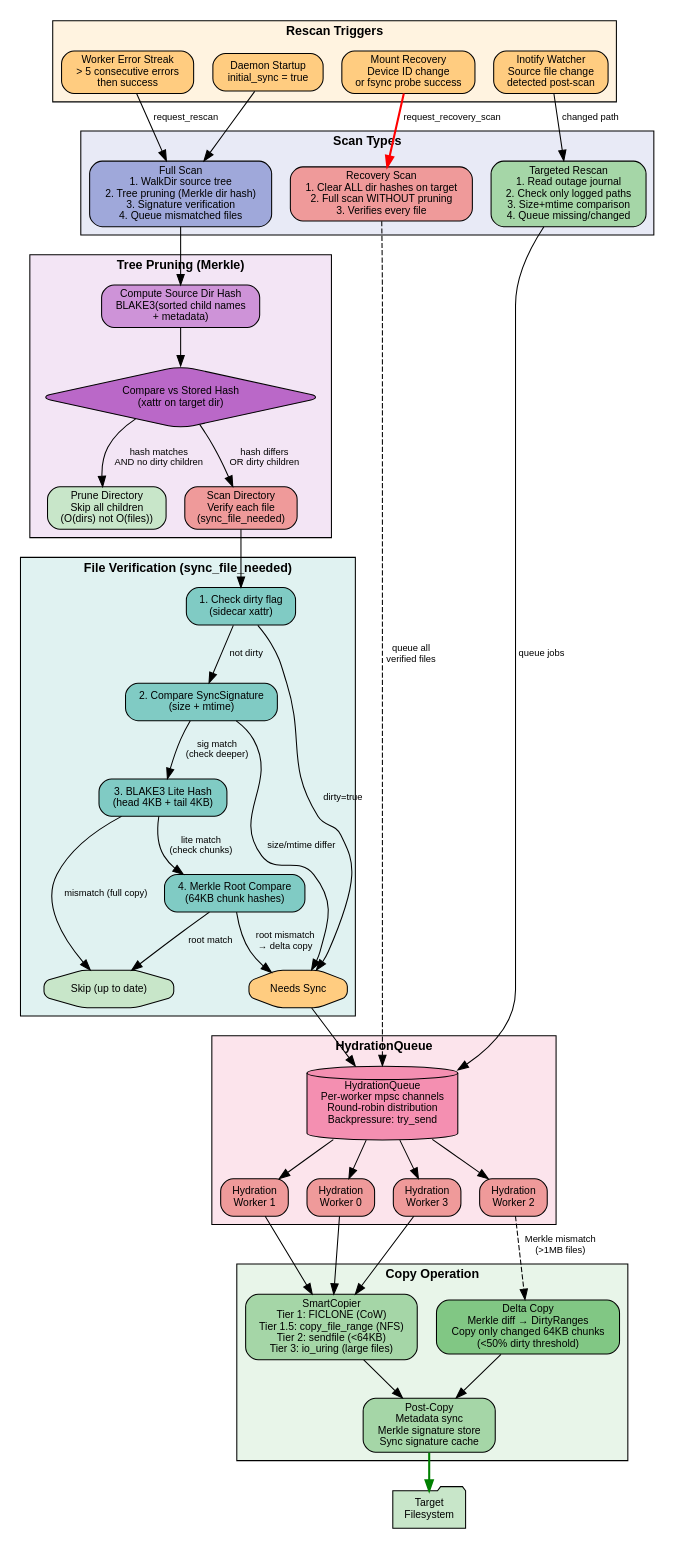
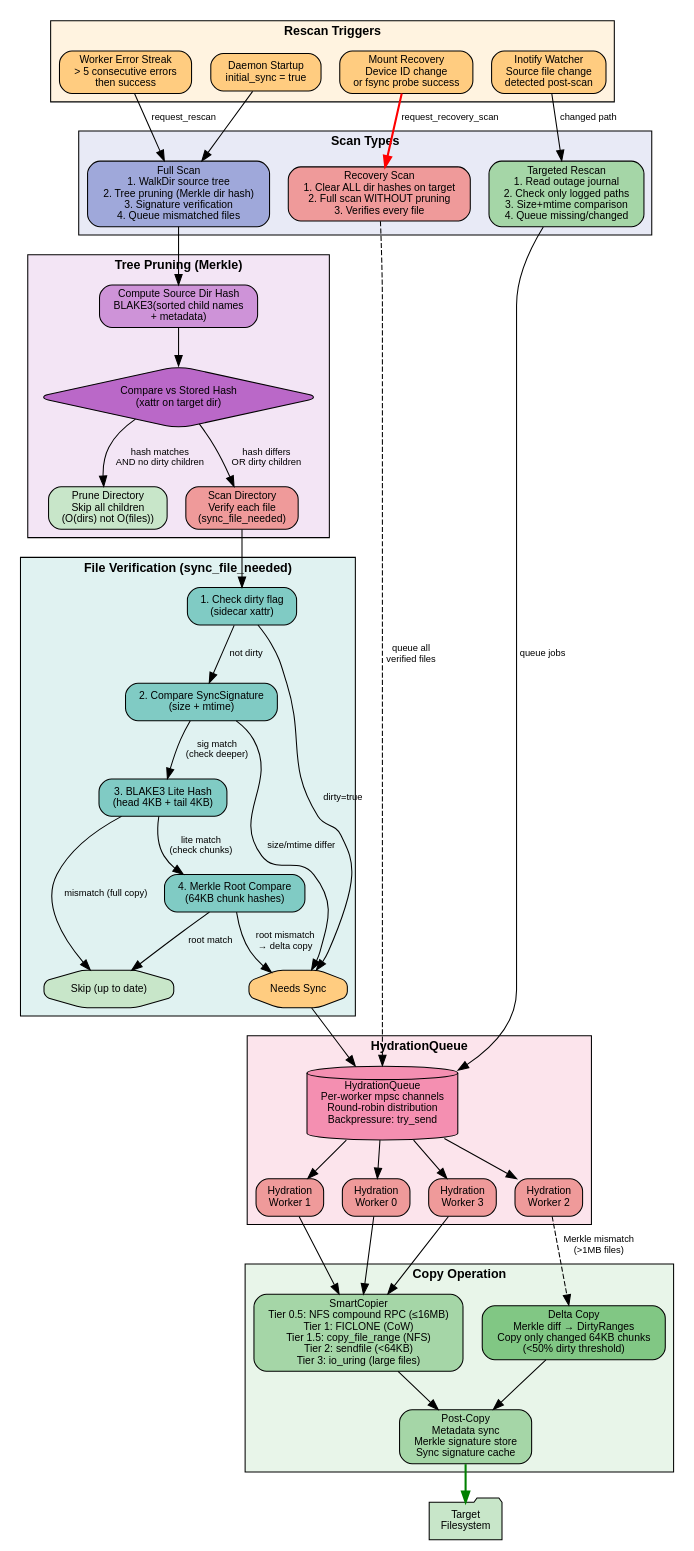
Before and after one commit to fluid-notion-labs/foxing: the diagram in docs/diagrams/hydration-pipeline.dot, drawn with Graphviz. The commit also changed 6 other files, not shown here.

First line of the commit message:
Docs: NFS bypass working, fresh benchmarks, new diagram

```diff
--- a/docs/diagrams/hydration-pipeline.dot
+++ b/docs/diagrams/hydration-pipeline.dot
@@ -1,122 +1,122 @@
 // foxingd Hydration & Recovery Pipeline
 // Generate: dot -Tsvg hydration-pipeline.dot -o hydration-pipeline.svg
 digraph hydration {
     rankdir=TB;
     compound=true;
     fontname="Helvetica";
     node [fontname="Helvetica", fontsize=10, shape=box, style="rounded,filled", fillcolor="#e8f4fd"];
     edge [fontname="Helvetica", fontsize=9];
 
     // Trigger sources
     subgraph cluster_triggers {
         label="Rescan Triggers";
         style="filled"; fillcolor="#fff3e0";
         fontsize=12; fontname="Helvetica-Bold";
 
         startup [label="Daemon Startup\ninitial_sync = true", fillcolor="#ffcc80"];
         mount_recovery [label="Mount Recovery\nDevice ID change\nor fsync probe success", fillcolor="#ffcc80"];
         error_streak [label="Worker Error Streak\n> 5 consecutive errors\nthen success", fillcolor="#ffcc80"];
         inotify [label="Inotify Watcher\nSource file change\ndetected post-scan", fillcolor="#ffcc80"];
     }
 
     // Scan types
     subgraph cluster_scans {
         label="Scan Types";
         style="filled"; fillcolor="#e8eaf6";
         fontsize=12; fontname="Helvetica-Bold";
 
         full_scan [label="Full Scan\n1. WalkDir source tree\n2. Tree pruning (Merkle dir hash)\n3. Signature verification\n4. Queue mismatched files", fillcolor="#9fa8da"];
         recovery [label="Recovery Scan\n1. Clear ALL dir hashes on target\n2. Full scan WITHOUT pruning\n3. Verifies every file", fillcolor="#ef9a9a"];
         targeted [label="Targeted Rescan\n1. Read outage journal\n2. Check only logged paths\n3. Size+mtime comparison\n4. Queue missing/changed", fillcolor="#a5d6a7"];
     }
 
     startup -> full_scan;
     mount_recovery -> recovery [label="request_recovery_scan", color=red, penwidth=2];
     error_streak -> full_scan [label="request_rescan"];
     inotify -> targeted [label="changed path"];
 
     // Tree pruning detail
     subgraph cluster_pruning {
         label="Tree Pruning (Merkle)";
         style="filled"; fillcolor="#f3e5f5";
         fontsize=12; fontname="Helvetica-Bold";
 
         compute_hash [label="Compute Source Dir Hash\nBLAKE3(sorted child names\n+ metadata)", fillcolor="#ce93d8"];
         compare_hash [label="Compare vs Stored Hash\n(xattr on target dir)", shape=diamond, fillcolor="#ba68c8"];
         prune [label="Prune Directory\nSkip all children\n(O(dirs) not O(files))", fillcolor="#c8e6c9"];
         scan_dir [label="Scan Directory\nVerify each file\n(sync_file_needed)", fillcolor="#ef9a9a"];
     }
 
     full_scan -> compute_hash;
     compute_hash -> compare_hash;
     compare_hash -> prune [label="hash matches\nAND no dirty children"];
     compare_hash -> scan_dir [label="hash differs\nOR dirty children"];
 
     // File verification
     subgraph cluster_verify {
         label="File Verification (sync_file_needed)";
         style="filled"; fillcolor="#e0f2f1";
         fontsize=12; fontname="Helvetica-Bold";
 
         check_dirty [label="1. Check dirty flag\n(sidecar xattr)", fillcolor="#80cbc4"];
         check_sig [label="2. Compare SyncSignature\n(size + mtime)", fillcolor="#80cbc4"];
         lite_hash [label="3. BLAKE3 Lite Hash\n(head 4KB + tail 4KB)", fillcolor="#80cbc4"];
         merkle_verify [label="4. Merkle Root Compare\n(64KB chunk hashes)", fillcolor="#80cbc4"];
         needs_sync [label="Needs Sync", shape=octagon, fillcolor="#ffcc80"];
         skip [label="Skip (up to date)", shape=octagon, fillcolor="#c8e6c9"];
     }
 
     scan_dir -> check_dirty;
     check_dirty -> needs_sync [label="dirty=true"];
     check_dirty -> check_sig [label="not dirty"];
     check_sig -> needs_sync [label="size/mtime differ"];
     check_sig -> lite_hash [label="sig match\n(check deeper)"];
     lite_hash -> skip [label="mismatch (full copy)"];
     lite_hash -> merkle_verify [label="lite match\n(check chunks)"];
     merkle_verify -> needs_sync [label="root mismatch\n→ delta copy"];
     merkle_verify -> skip [label="root match"];
 
     // Hydration queue
     subgraph cluster_queue {
         label="HydrationQueue";
         style="filled"; fillcolor="#fce4ec";
         fontsize=12; fontname="Helvetica-Bold";
 
         queue [label="HydrationQueue\nPer-worker mpsc channels\nRound-robin distribution\nBackpressure: try_send", shape=cylinder, fillcolor="#f48fb1"];
         hw0 [label="Hydration\nWorker 0", fillcolor="#ef9a9a"];
         hw1 [label="Hydration\nWorker 1", fillcolor="#ef9a9a"];
         hw2 [label="Hydration\nWorker 2", fillcolor="#ef9a9a"];
         hw3 [label="Hydration\nWorker 3", fillcolor="#ef9a9a"];
     }
 
     needs_sync -> queue;
     targeted -> queue [label="queue jobs"];
     recovery -> queue [label="queue all\nverified files", style=dashed];
 
     queue -> hw0;
     queue -> hw1;
     queue -> hw2;
     queue -> hw3;
 
     // Copy operation
     subgraph cluster_copy {
         label="Copy Operation";
         style="filled"; fillcolor="#e8f5e9";
         fontsize=12; fontname="Helvetica-Bold";
 
-        smart_copy [label="SmartCopier\nTier 1: FICLONE (CoW)\nTier 1.5: copy_file_range (NFS)\nTier 2: sendfile (<64KB)\nTier 3: io_uring (large files)", fillcolor="#a5d6a7"];
+        smart_copy [label="SmartCopier\nTier 0.5: NFS compound RPC (≤16MB)\nTier 1: FICLONE (CoW)\nTier 1.5: copy_file_range (NFS)\nTier 2: sendfile (<64KB)\nTier 3: io_uring (large files)", fillcolor="#a5d6a7"];
         delta_copy [label="Delta Copy\nMerkle diff → DirtyRanges\nCopy only changed 64KB chunks\n(<50% dirty threshold)", fillcolor="#81c784"];
         postcopy [label="Post-Copy\nMetadata sync\nMerkle signature store\nSync signature cache", fillcolor="#a5d6a7"];
     }
 
     hw0 -> smart_copy;
     hw1 -> smart_copy;
     hw2 -> delta_copy [label="Merkle mismatch\n(>1MB files)", style=dashed];
     hw3 -> smart_copy;
 
     target [label="Target\nFilesystem", shape=folder, fillcolor="#c8e6c9"];
 
     smart_copy -> postcopy;
     delta_copy -> postcopy;
     postcopy -> target [color=green, penwidth=2];
 }
```
